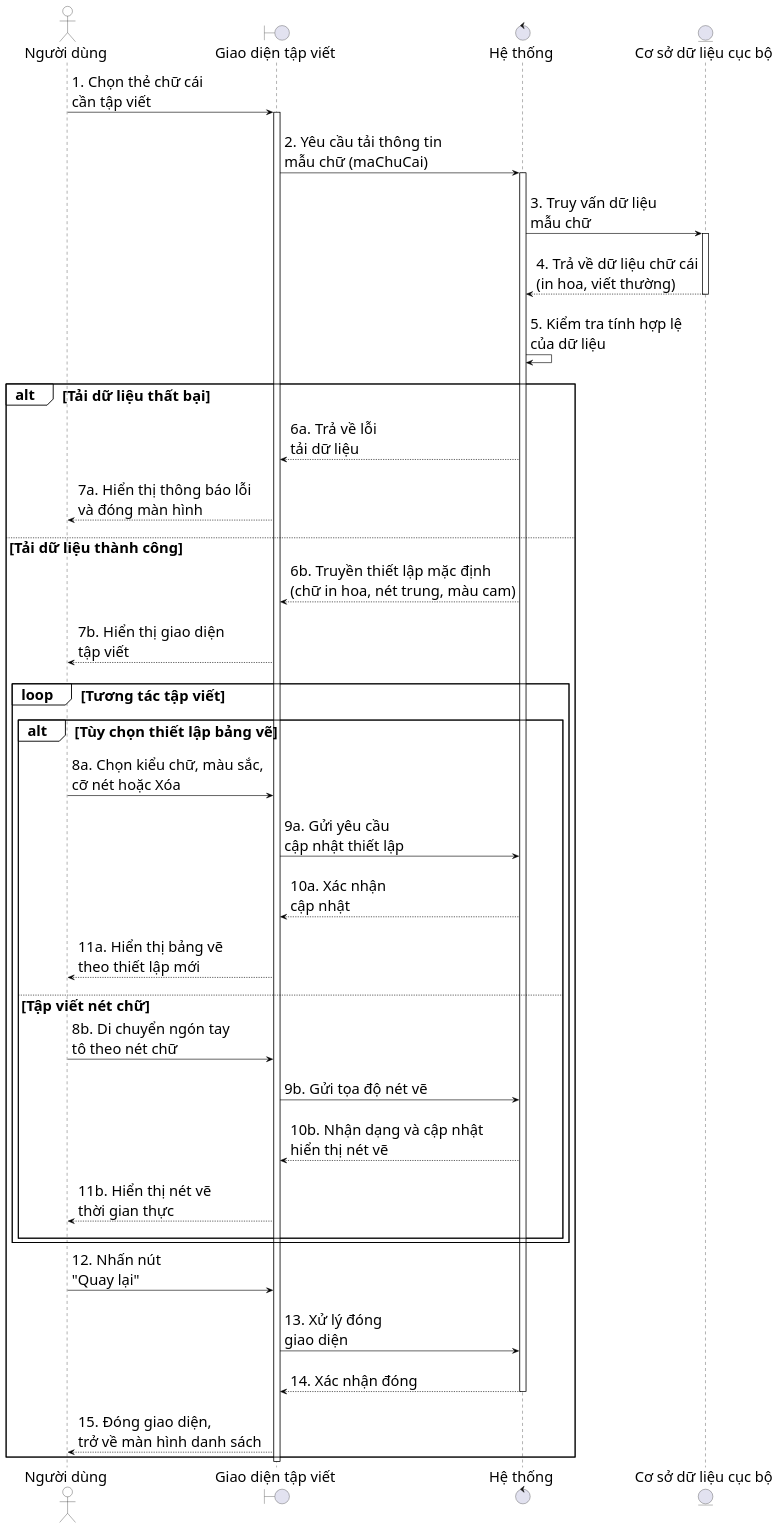
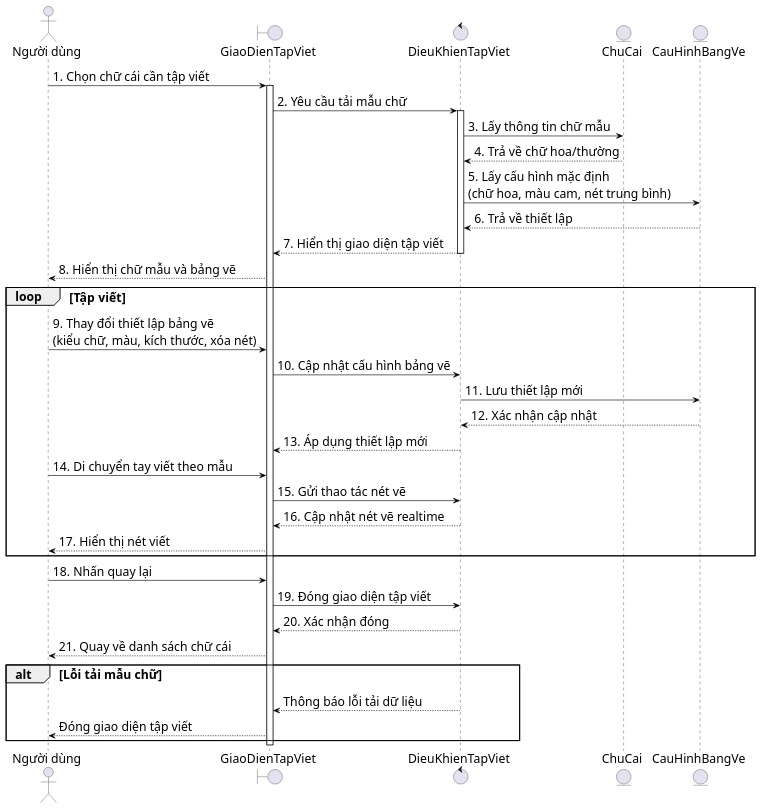
One commit to mitiie/KidX changed the diagram in docs/SD/sequence_diagram_draw_letter.puml. Above: the diagram before and after it, drawn with PlantUML. The commit also changed 26 other files, not shown here.

```diff
--- a/docs/SD/sequence_diagram_draw_letter.puml
+++ b/docs/SD/sequence_diagram_draw_letter.puml
@@ -1,90 +1,86 @@
 @startuml SD_TapVietChuCai
+
 skinparam defaultFontName Arial
-skinparam defaultFontSize 24
+skinparam defaultFontSize 20
 skinparam shadowing false
-skinparam ParticipantPadding 10
-skinparam BoxPadding 5
 
 skinparam sequence {
   ParticipantBorderColor Black
   ParticipantBackgroundColor White
-  ActorBorderColor Black
-  ActorBackgroundColor White
+  ArrowColor Black
   LifeLineBorderColor Black
-  LifeLineBorderThickness 2
-  LifeLineBackgroundColor White
-  ArrowColor Black
-  GroupBorderColor Black
-  GroupBackgroundColor White
-  ActivationBorderColor Black
-  ActivationBackgroundColor #EEEEEE
 }
 
+
 actor "Người dùng" as User
-boundary "Giao diện tập viết" as UI
-control "Hệ thống" as Controller
-entity "Cơ sở dữ liệu cục bộ" as DB
+boundary "GiaoDienTapViet" as UI
+control "DieuKhienTapViet" as Controller
+entity "ChuCai" as Letter
+entity "CauHinhBangVe" as Config
 
-User -> UI : 1. Chọn thẻ chữ cái\ncần tập viết
+
+User -> UI : 1. Chọn chữ cái cần tập viết
 activate UI
-||20||
 
-UI -> Controller : 2. Yêu cầu tải thông tin\nmẫu chữ (maChuCai)
+UI -> Controller : 2. Yêu cầu tải mẫu chữ
 activate Controller
-||20||
 
-Controller -> DB : 3. Truy vấn dữ liệu\nmẫu chữ
-activate DB
-||20||
-DB --> Controller : 4. Trả về dữ liệu chữ cái\n(in hoa, viết thường)
-deactivate DB
-||20||
+Controller -> Letter : 3. Lấy thông tin chữ mẫu
+Letter --> Controller : 4. Trả về chữ hoa/thường
 
-Controller -> Controller : 5. Kiểm tra tính hợp lệ\ncủa dữ liệu
-||20||
 
-alt Tải dữ liệu thất bại
-  Controller --> UI : 6a. Trả về lỗi\ntải dữ liệu
-  ||20||
-  UI --> User : 7a. Hiển thị thông báo lỗi\nvà đóng màn hình
-  ||20||
-else Tải dữ liệu thành công
-  Controller --> UI : 6b. Truyền thiết lập mặc định\n(chữ in hoa, nét trung, màu cam)
-  ||20||
-  UI --> User : 7b. Hiển thị giao diện\ntập viết
-  ||20||
-  
-  loop Tương tác tập viết
-    alt Tùy chọn thiết lập bảng vẽ
-      User -> UI : 8a. Chọn kiểu chữ, màu sắc,\ncỡ nét hoặc Xóa
-      ||20||
-      UI -> Controller : 9a. Gửi yêu cầu\ncập nhật thiết lập
-      ||20||
-      Controller --> UI : 10a. Xác nhận\ncập nhật
-      ||20||
-      UI --> User : 11a. Hiển thị bảng vẽ\ntheo thiết lập mới
-      ||20||
-    else Tập viết nét chữ
-      User -> UI : 8b. Di chuyển ngón tay\ntô theo nét chữ
-      ||20||
-      UI -> Controller : 9b. Gửi tọa độ nét vẽ
-      ||20||
-      Controller --> UI : 10b. Nhận dạng và cập nhật\nhiển thị nét vẽ
-      ||20||
-      UI --> User : 11b. Hiển thị nét vẽ\nthời gian thực
-      ||20||
-    end
-  end
-  
-  User -> UI : 12. Nhấn nút\n"Quay lại"
-  ||20||
-  UI -> Controller : 13. Xử lý đóng\ngiao diện
-  ||20||
-  Controller --> UI : 14. Xác nhận đóng
-  deactivate Controller
-  ||20||
-  UI --> User : 15. Đóng giao diện,\ntrở về màn hình danh sách
+Controller -> Config : 5. Lấy cấu hình mặc định\n(chữ hoa, màu cam, nét trung bình)
+Config --> Controller : 6. Trả về thiết lập
+
+
+Controller --> UI : 7. Hiển thị giao diện tập viết
+deactivate Controller
+
+UI --> User : 8. Hiển thị chữ mẫu và bảng vẽ
+
+
+loop Tập viết
+
+User -> UI : 9. Thay đổi thiết lập bảng vẽ\n(kiểu chữ, màu, kích thước, xóa nét)
+
+UI -> Controller : 10. Cập nhật cấu hình bảng vẽ
+
+Controller -> Config : 11. Lưu thiết lập mới
+Config --> Controller : 12. Xác nhận cập nhật
+
+Controller --> UI : 13. Áp dụng thiết lập mới
+
+
+User -> UI : 14. Di chuyển tay viết theo mẫu
+
+UI -> Controller : 15. Gửi thao tác nét vẽ
+
+Controller --> UI : 16. Cập nhật nét vẽ realtime
+
+UI --> User : 17. Hiển thị nét viết
+
+
 end
 
+
+User -> UI : 18. Nhấn quay lại
+
+UI -> Controller : 19. Đóng giao diện tập viết
+
+Controller --> UI : 20. Xác nhận đóng
+
+UI --> User : 21. Quay về danh sách chữ cái
+
+
+alt Lỗi tải mẫu chữ
+
+Controller --> UI : Thông báo lỗi tải dữ liệu
+
+UI --> User : Đóng giao diện tập viết
+
+end
+
+
 deactivate UI
+
 @enduml
```
